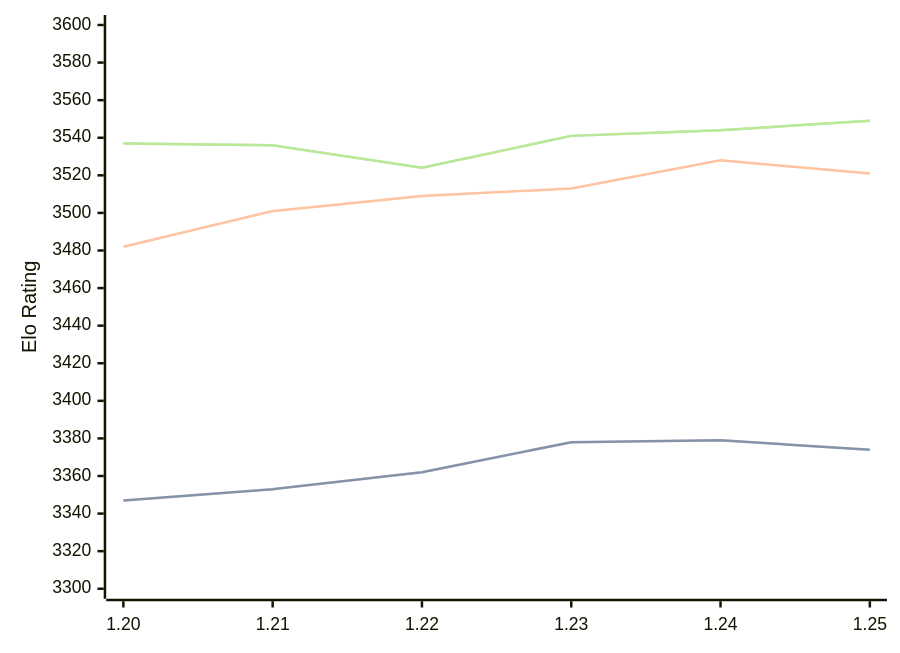
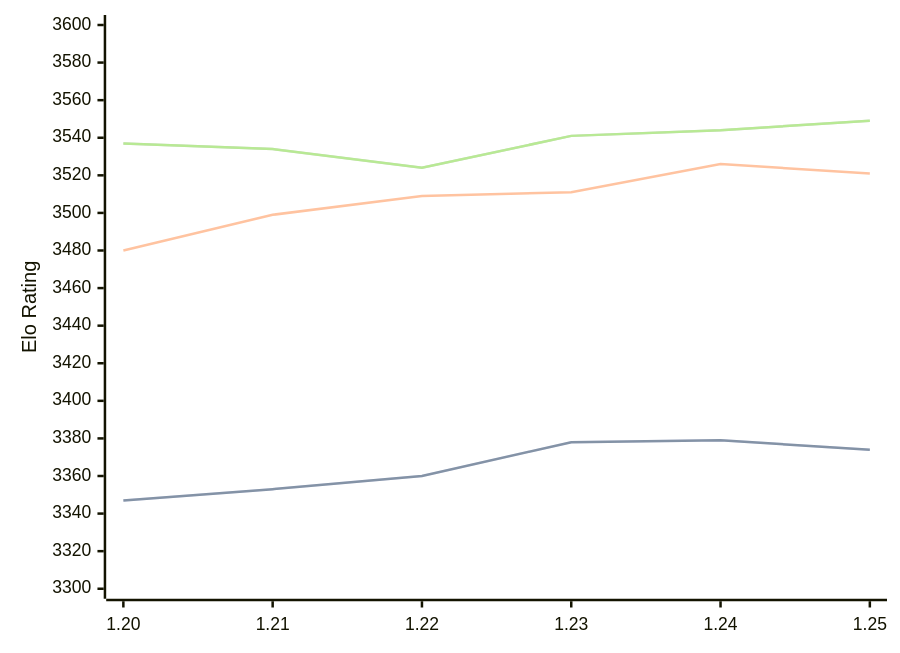
Before and after one commit to computer-chess-index/cci: the diagram in engines/Caissa.md, drawn with Mermaid. The commit also changed other lines of this file, not shown here.

Commit message:
Update CCI Ratings (ELO VLTC) - 2026-08-02

````diff
--- a/engines/Caissa.md
+++ b/engines/Caissa.md
@@ -65,11 +65,11 @@
 ```mermaid
 %%{init: {"theme":"base","themeVariables":{"seriesColors:['#a3a3a3','#222221','#faa371']}}}%%
 xychart-beta
   x-axis ["1.20", "1.21", "1.22", "1.23", "1.24", "1.25"]
   y-axis "Elo Rating" 3300 --> 3600
-  line "STC (8.0+0.08s)" [3347, 3353, 3362, 3378, 3379, 3374]
-  line "STC (8.0+0.08s)" [3347, 3353, 3362, 3378, 3379, 3374]
-  line "LTC (60.0+0.60s)" [3482, 3501, 3509, 3513, 3528, 3521]
-  line "VLTC (2m24s+1.12s)" [3537, 3536, 3524, 3541, 3544, 3549]
-  line "VLTC (2m24s+1.12s)" [3537, 3536, 3524, 3541, 3544, 3549]
+  line "STC (8.0+0.08s)" [3347, 3353, 3360, 3378, 3379, 3374]
+  line "STC (8.0+0.08s)" [3347, 3353, 3360, 3378, 3379, 3374]
+  line "LTC (60.0+0.60s)" [3480, 3499, 3509, 3511, 3526, 3521]
+  line "VLTC (2m24s+1.12s)" [3537, 3534, 3524, 3541, 3544, 3549]
+  line "VLTC (2m24s+1.12s)" [3537, 3534, 3524, 3541, 3544, 3549]
 ```
````
